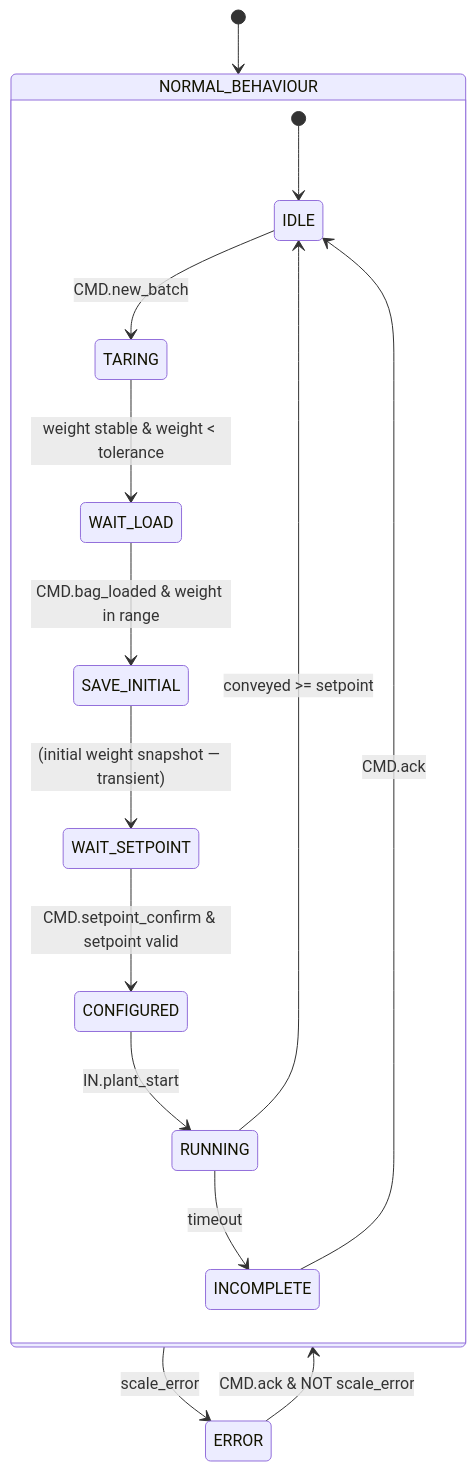
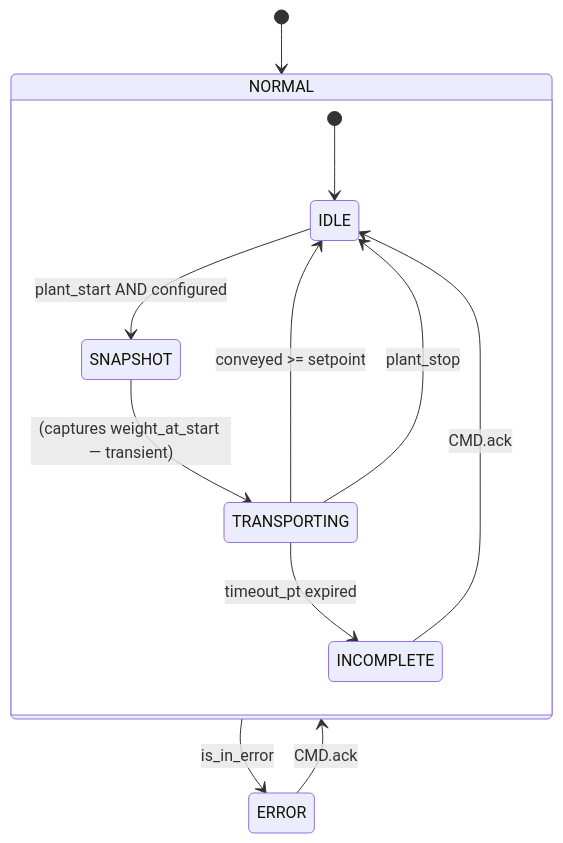
Before and after one commit to AleFire99/TIA_knowledge: the second of 2 diagrams in docs/library/load-cells/index.en.md, drawn with Mermaid. The commit also changed other lines of this file and 112 other files, not shown here.

````diff
--- a/docs/library/load-cells/index.en.md
+++ b/docs/library/load-cells/index.en.md
@@ -162,30 +176,18 @@
 ```mermaid
 stateDiagram-v2
+    [*] --> NORMAL
 
-    [*] --> NORMAL_BEHAVIOUR
-
-    state NORMAL_BEHAVIOUR{
+    state NORMAL {
         [*] --> IDLE
 
-        IDLE --> TARING : CMD.new_batch
-
-        TARING --> WAIT_LOAD : weight stable & weight < tolerance
-
-        WAIT_LOAD --> SAVE_INITIAL : CMD.bag_loaded & weight in range
-
-        SAVE_INITIAL --> WAIT_SETPOINT : (initial weight snapshot — transient)
-
-        WAIT_SETPOINT --> CONFIGURED : CMD.setpoint_confirm & setpoint valid
-
-        CONFIGURED --> RUNNING : IN.plant_start
-
-        RUNNING --> IDLE : conveyed >= setpoint
-        RUNNING --> INCOMPLETE : timeout
-
+        IDLE --> SNAPSHOT : plant_start AND configured
+        SNAPSHOT --> TRANSPORTING : (captures weight_at_start — transient)
+        TRANSPORTING --> IDLE : conveyed >= setpoint
+        TRANSPORTING --> IDLE : plant_stop
+        TRANSPORTING --> INCOMPLETE : timeout_pt expired
         INCOMPLETE --> IDLE : CMD.ack
     }
 
-    NORMAL_BEHAVIOUR --> ERROR : scale_error
-
-    ERROR --> NORMAL_BEHAVIOUR : CMD.ack & NOT scale_error
+    NORMAL --> ERROR : is_in_error
+    ERROR --> NORMAL : CMD.ack
 ```
````
